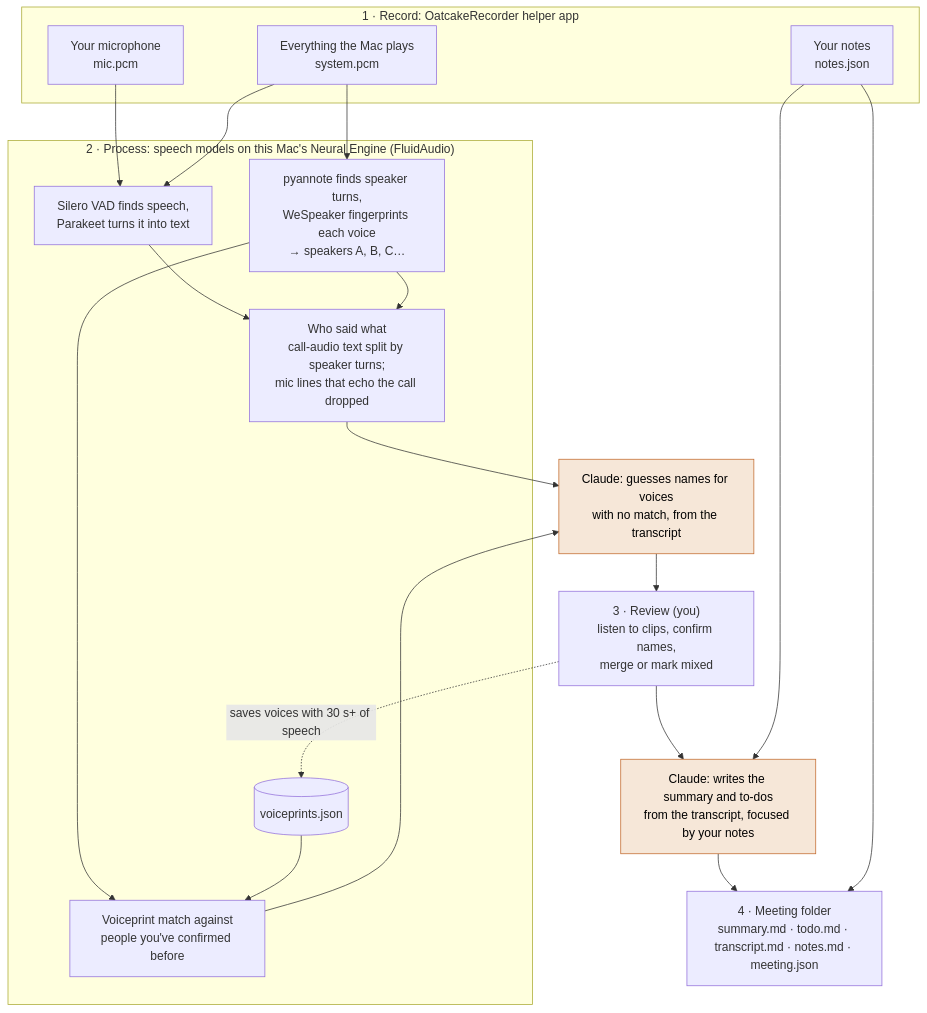
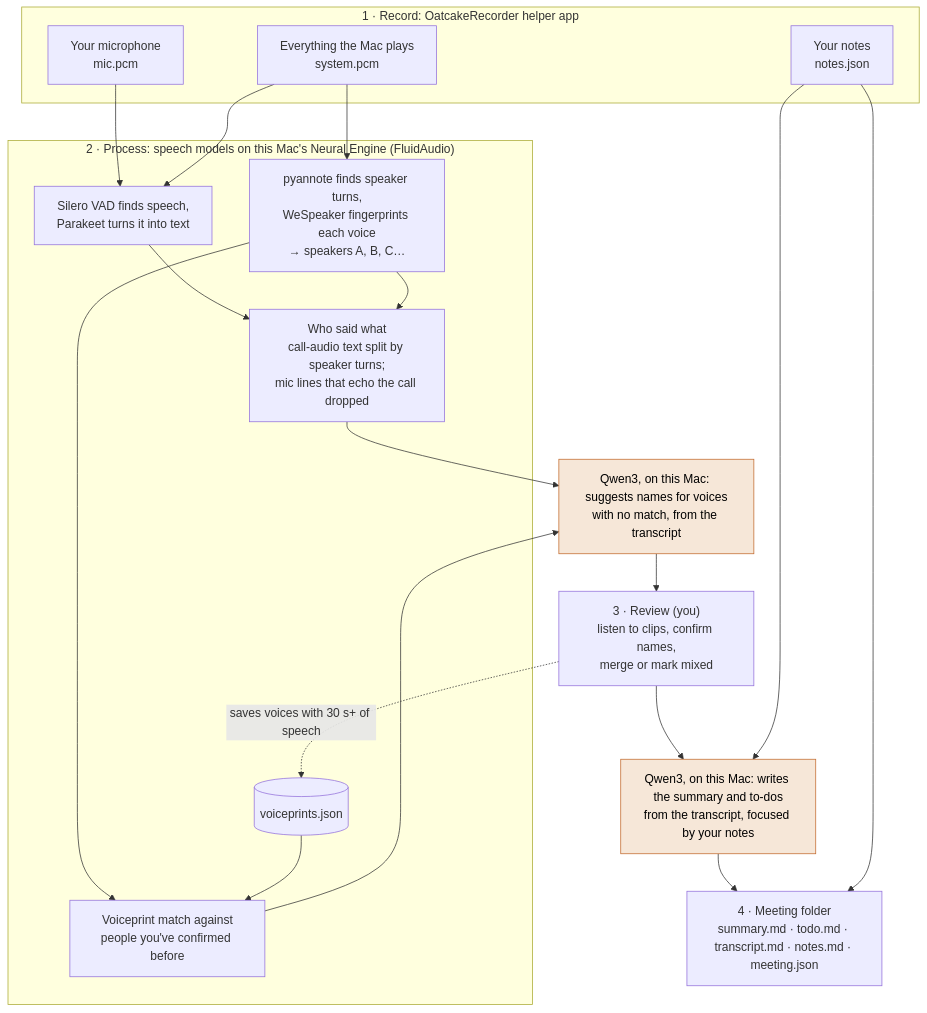
The diagram in README.md (a8cteam51/oatcake), drawn with Mermaid before and after one commit. The commit also changed other lines of this file and 19 other files, not shown here.

````diff
--- a/README.md
+++ b/README.md
@@ -9,40 +9,40 @@
 ```mermaid
 flowchart TD
     subgraph record["1 · Record: OatcakeRecorder helper app"]
         mic["Your microphone<br/>mic.pcm"]
         sys["Everything the Mac plays<br/>system.pcm"]
         notes["Your notes<br/>notes.json"]
     end
 
     subgraph process["2 · Process: speech models on this Mac's Neural Engine (FluidAudio)"]
         asr["Silero VAD finds speech,<br/>Parakeet turns it into text"]
         voices["pyannote finds speaker turns,<br/>WeSpeaker fingerprints each voice<br/>→ speakers A, B, C…"]
         combine["Who said what<br/>call-audio text split by speaker turns;<br/>mic lines that echo the call dropped"]
         match["Voiceprint match against<br/>people you've confirmed before"]
         prints[("voiceprints.json")]
     end
 
-    guess["Claude: guesses names for voices<br/>with no match, from the transcript"]
+    guess["Qwen3, on this Mac: suggests names for voices<br/>with no match, from the transcript"]
     review["3 · Review (you)<br/>listen to clips, confirm names,<br/>merge or mark mixed"]
-    summary["Claude: writes the summary and to-dos<br/>from the transcript, focused by your notes"]
+    summary["Qwen3, on this Mac: writes the summary and to-dos<br/>from the transcript, focused by your notes"]
     folder["4 · Meeting folder<br/>summary.md · todo.md · transcript.md · notes.md · meeting.json"]
 
     mic --> asr
     sys --> asr
     sys --> voices
     asr --> combine
     voices --> combine
     voices --> match
     prints --> match
     combine --> guess
     match --> guess
     guess --> review
     review -.->|"saves voices with 30 s+ of speech"| prints
     review --> summary
     notes --> summary
     summary --> folder
     notes --> folder
 
     classDef llm fill:#f6e7d8,stroke:#c26a2e,color:#000
     class guess,summary llm
 ```
````
